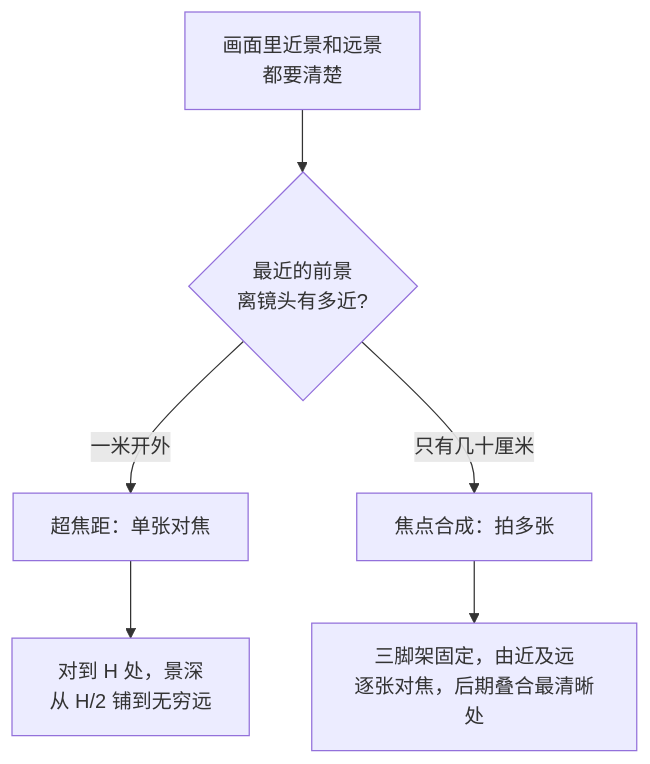
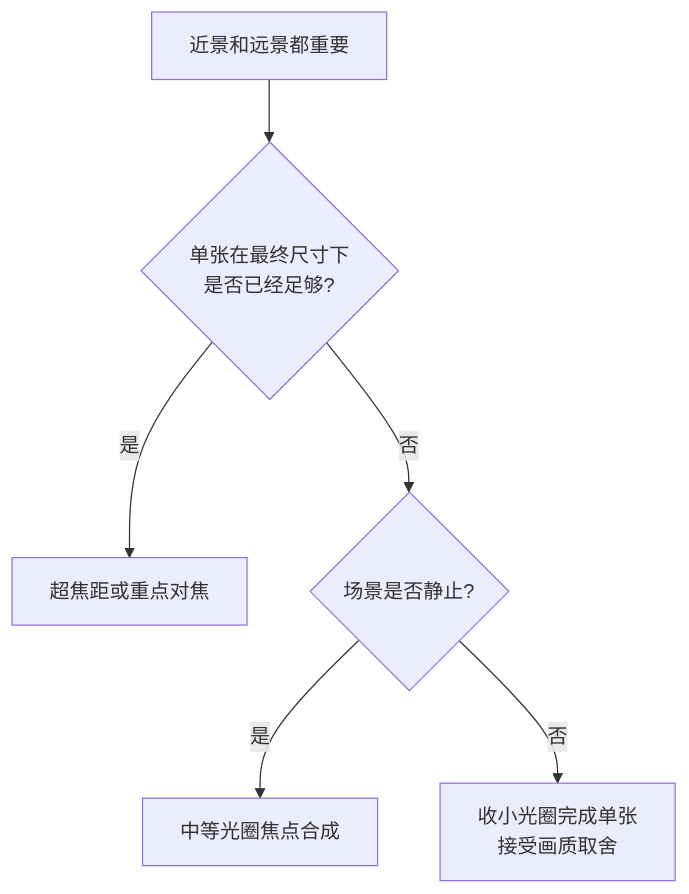
One commit to yingwang/photography-book changed the diagram in docs/09-landscape.md. Above: the diagram before and after it, drawn with Mermaid. The commit also changed other lines of this file and 26 other files, not shown here.

First line of the commit message:
全书内容与结构审校：纠错、案例、图解与交互工具 (#6)

````diff
--- a/docs/09-landscape.md
+++ b/docs/09-landscape.md
@@ -132,8 +137,8 @@
 ```mermaid
 graph TD
-    A["画面里近景和远景<br/>都要清楚"] --> B{"最近的前景<br/>离镜头有多近?"}
-    B -->|"一米开外"| C["超焦距：单张对焦"]
-    C --> D["对到 H 处，景深<br/>从 H/2 铺到无穷远"]
-    B -->|"只有几十厘米"| E["焦点合成：拍多张"]
-    E --> F["三脚架固定，由近及远<br/>逐张对焦，后期叠合最清晰处"]
+    A["近景和远景都重要"] --> B{"单张在最终尺寸下<br/>是否已经足够?"}
+    B -->|"是"| C["超焦距或重点对焦"]
+    B -->|"否"| D{"场景是否静止?"}
+    D -->|"是"| E["中等光圈焦点合成"]
+    D -->|"否"| F["收小光圈完成单张<br/>接受画质取舍"]
 ```
````
